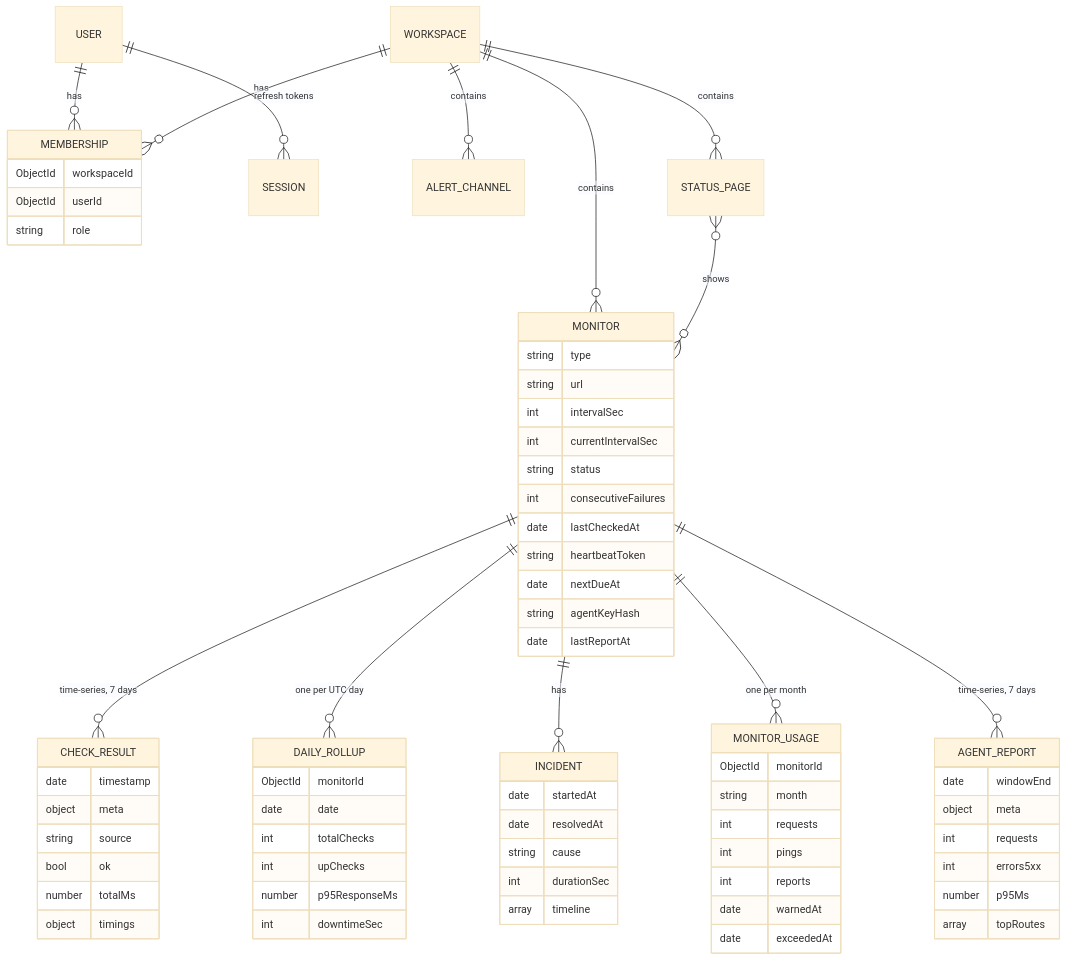
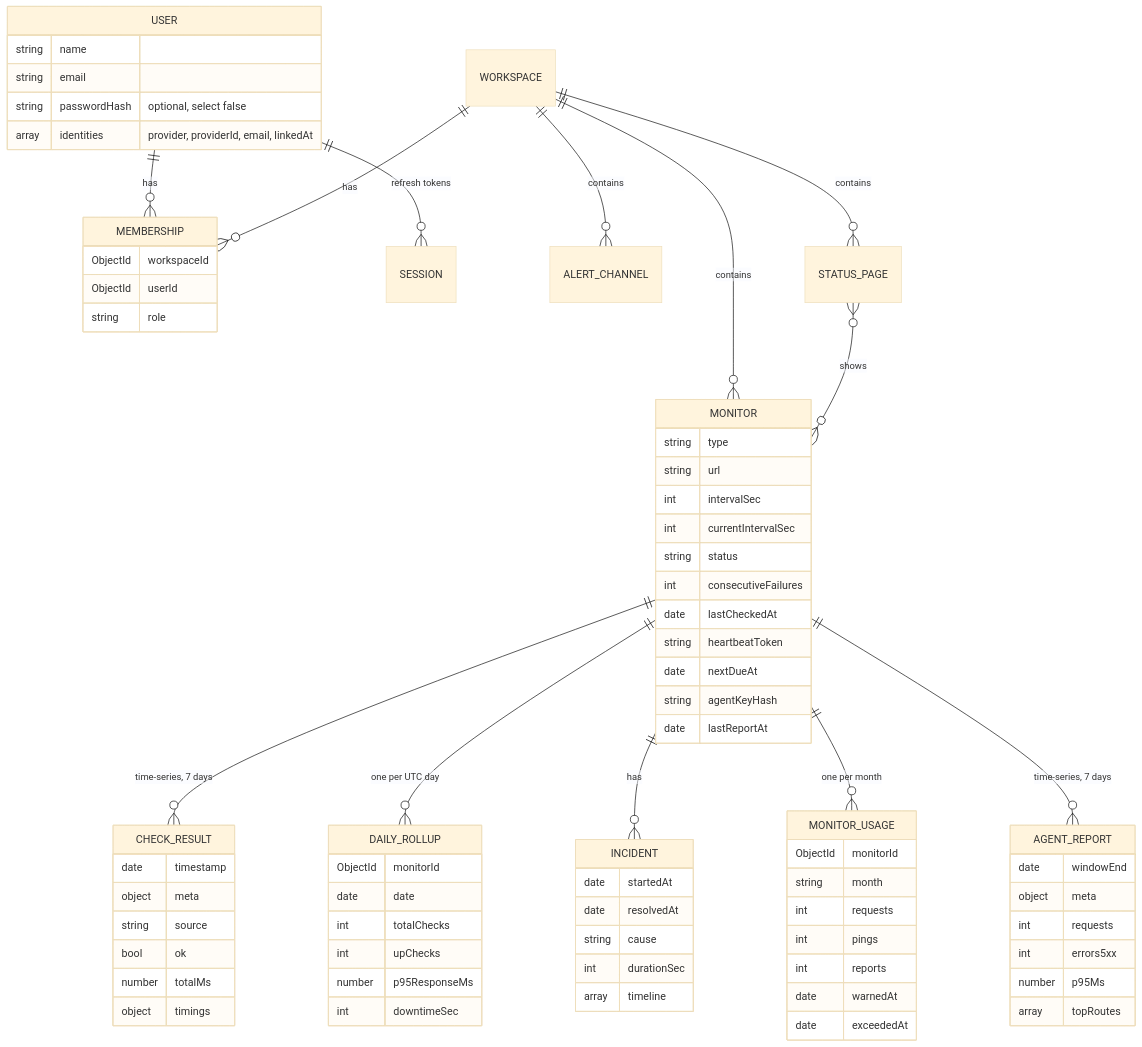
Before and after one commit to TrinankurD-06/PulseBoard: the eighth of 8 diagrams in docs/ARCHITECTURE.md, drawn with Mermaid (base theme). The commit also changed other lines of this file and 19 other files, not shown here.

````diff
--- a/docs/ARCHITECTURE.md
+++ b/docs/ARCHITECTURE.md
@@ -284,74 +316,80 @@
 ```mermaid
 erDiagram
     USER ||--o{ MEMBERSHIP : has
     WORKSPACE ||--o{ MEMBERSHIP : has
     USER ||--o{ SESSION : "refresh tokens"
     WORKSPACE ||--o{ MONITOR : contains
     WORKSPACE ||--o{ ALERT_CHANNEL : contains
     WORKSPACE ||--o{ STATUS_PAGE : contains
     MONITOR ||--o{ CHECK_RESULT : "time-series, 7 days"
     MONITOR ||--o{ DAILY_ROLLUP : "one per UTC day"
     MONITOR ||--o{ INCIDENT : has
     MONITOR ||--o{ MONITOR_USAGE : "one per month"
     MONITOR ||--o{ AGENT_REPORT : "time-series, 7 days"
     STATUS_PAGE }o--o{ MONITOR : shows
 
+    USER {
+        string name
+        string email
+        string passwordHash "optional, select false"
+        array identities "provider, providerId, email, linkedAt"
+    }
     MEMBERSHIP {
         ObjectId workspaceId
         ObjectId userId
         string role
     }
     MONITOR {
         string type
         string url
         int intervalSec
         int currentIntervalSec
         string status
         int consecutiveFailures
         date lastCheckedAt
         string heartbeatToken
         date nextDueAt
         string agentKeyHash
         date lastReportAt
     }
     CHECK_RESULT {
         date timestamp
         object meta
         string source
         bool ok
         number totalMs
         object timings
     }
     MONITOR_USAGE {
         ObjectId monitorId
         string month
         int requests
         int pings
         int reports
         date warnedAt
         date exceededAt
     }
     AGENT_REPORT {
         date windowEnd
         object meta
         int requests
         int errors5xx
         number p95Ms
         array topRoutes
     }
     DAILY_ROLLUP {
         ObjectId monitorId
         date date
         int totalChecks
         int upChecks
         number p95ResponseMs
         int downtimeSec
     }
     INCIDENT {
         date startedAt
         date resolvedAt
         string cause
         int durationSec
         array timeline
     }
 ```
````
